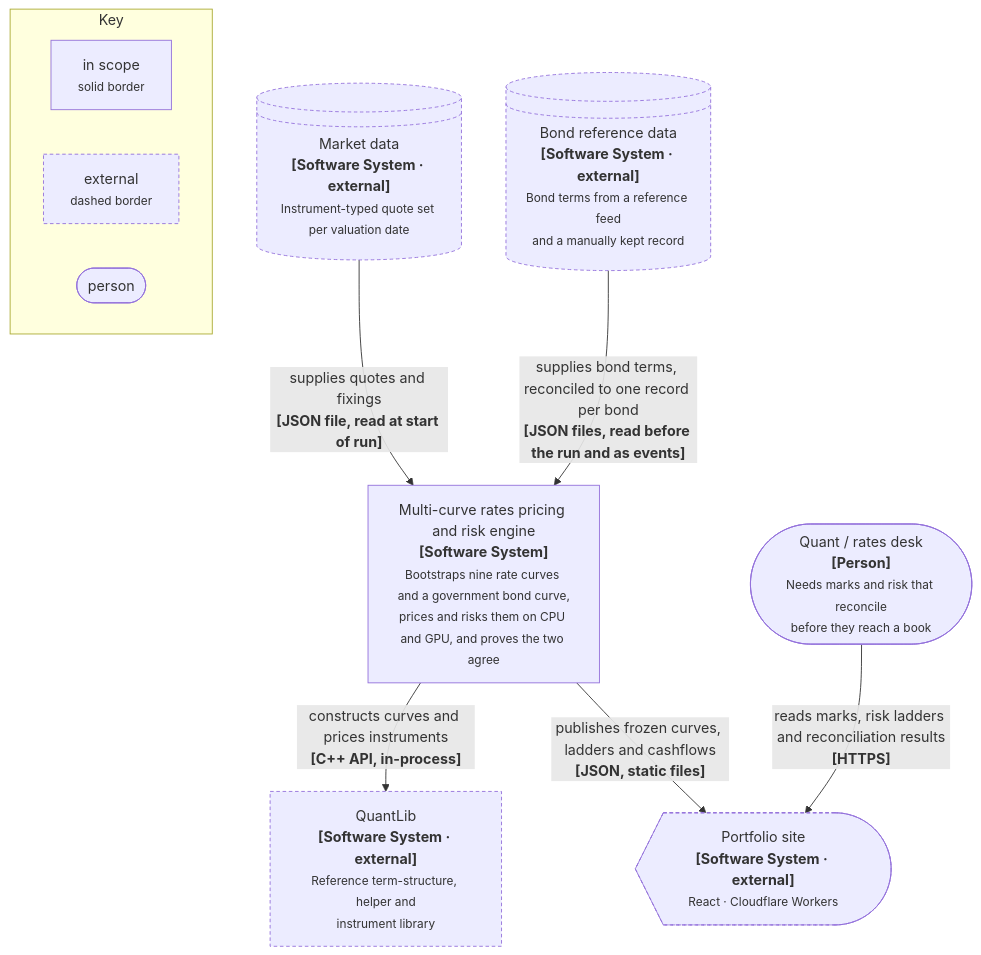
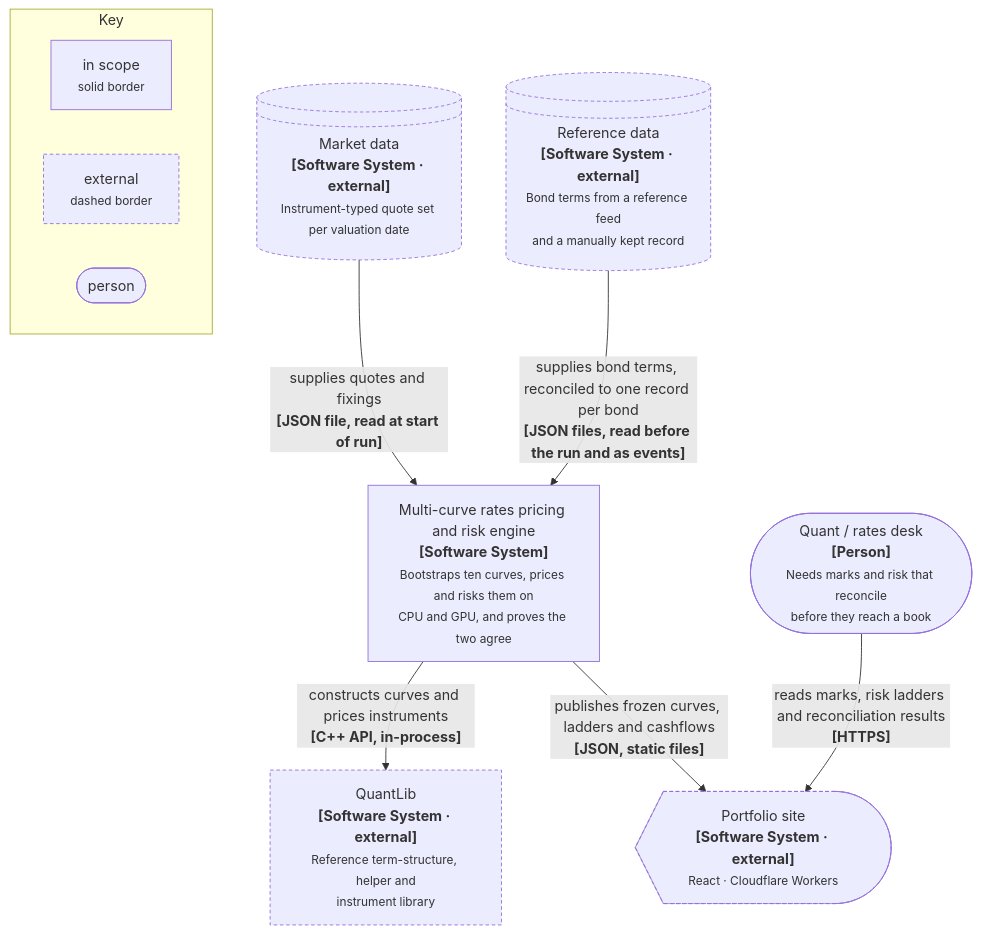
Before and after one commit to jrwglover/portfolio: the diagram in src/components/dashboards/curve_model/diagrams/c4-context.mmd, drawn with Mermaid. The commit also changed 15 other files, not shown here.

Commit message:
Bonds as one product among the others: ledes, tab names, architecture panel, pipeline gates and diagrams no longer single them out

```diff
--- a/src/components/dashboards/curve_model/diagrams/c4-context.mmd
+++ b/src/components/dashboards/curve_model/diagrams/c4-context.mmd
@@ -1,29 +1,29 @@
 %% C4 Level 1: System Context.
 %% C4 notation rules followed here: every element carries name, [type], and a
 %% description; every relationship is labelled with intent AND technology.
 flowchart TB
   Q(["Quant / rates desk<br/><b>[Person]</b><br/><small>Needs marks and risk that reconcile<br/>before they reach a book</small>"])
 
-  SYS["Multi-curve rates pricing and risk engine<br/><b>[Software System]</b><br/><small>Bootstraps nine rate curves and a government bond curve,<br/>prices and risks them on CPU and GPU, and proves the two agree</small>"]
+  SYS["Multi-curve rates pricing and risk engine<br/><b>[Software System]</b><br/><small>Bootstraps ten curves, prices and risks them on<br/>CPU and GPU, and proves the two agree</small>"]
 
   MKT@{ shape: lin-cyl, label: "Market data<br/><b>[Software System · external]</b><br/><small>Instrument-typed quote set per valuation date</small>" }
-  REF@{ shape: lin-cyl, label: "Bond reference data<br/><b>[Software System · external]</b><br/><small>Bond terms from a reference feed<br/>and a manually kept record</small>" }
+  REF@{ shape: lin-cyl, label: "Reference data<br/><b>[Software System · external]</b><br/><small>Bond terms from a reference feed<br/>and a manually kept record</small>" }
   QLIB["QuantLib<br/><b>[Software System · external]</b><br/><small>Reference term-structure, helper and<br/>instrument library</small>"]
   SITE@{ shape: curv-trap, label: "Portfolio site<br/><b>[Software System · external]</b><br/><small>React · Cloudflare Workers</small>" }
 
   MKT -->|"supplies quotes and fixings<br/><b>[JSON file, read at start of run]</b>"| SYS
   REF -->|"supplies bond terms, reconciled to one record per bond<br/><b>[JSON files, read before the run and as events]</b>"| SYS
   SYS -->|"constructs curves and prices instruments<br/><b>[C++ API, in-process]</b>"| QLIB
   SYS -->|"publishes frozen curves, ladders and cashflows<br/><b>[JSON, static files]</b>"| SITE
   Q -->|"reads marks, risk ladders and reconciliation results<br/><b>[HTTPS]</b>"| SITE
 
   classDef ext stroke-dasharray:4 3
   class MKT,REF,QLIB,SITE ext
 
   subgraph KEY[" Key "]
     direction LR
     K1["in scope<br/><small>solid border</small>"]
     K2["external<br/><small>dashed border</small>"]
     K3(["person"])
   end
   class K2 ext
```
